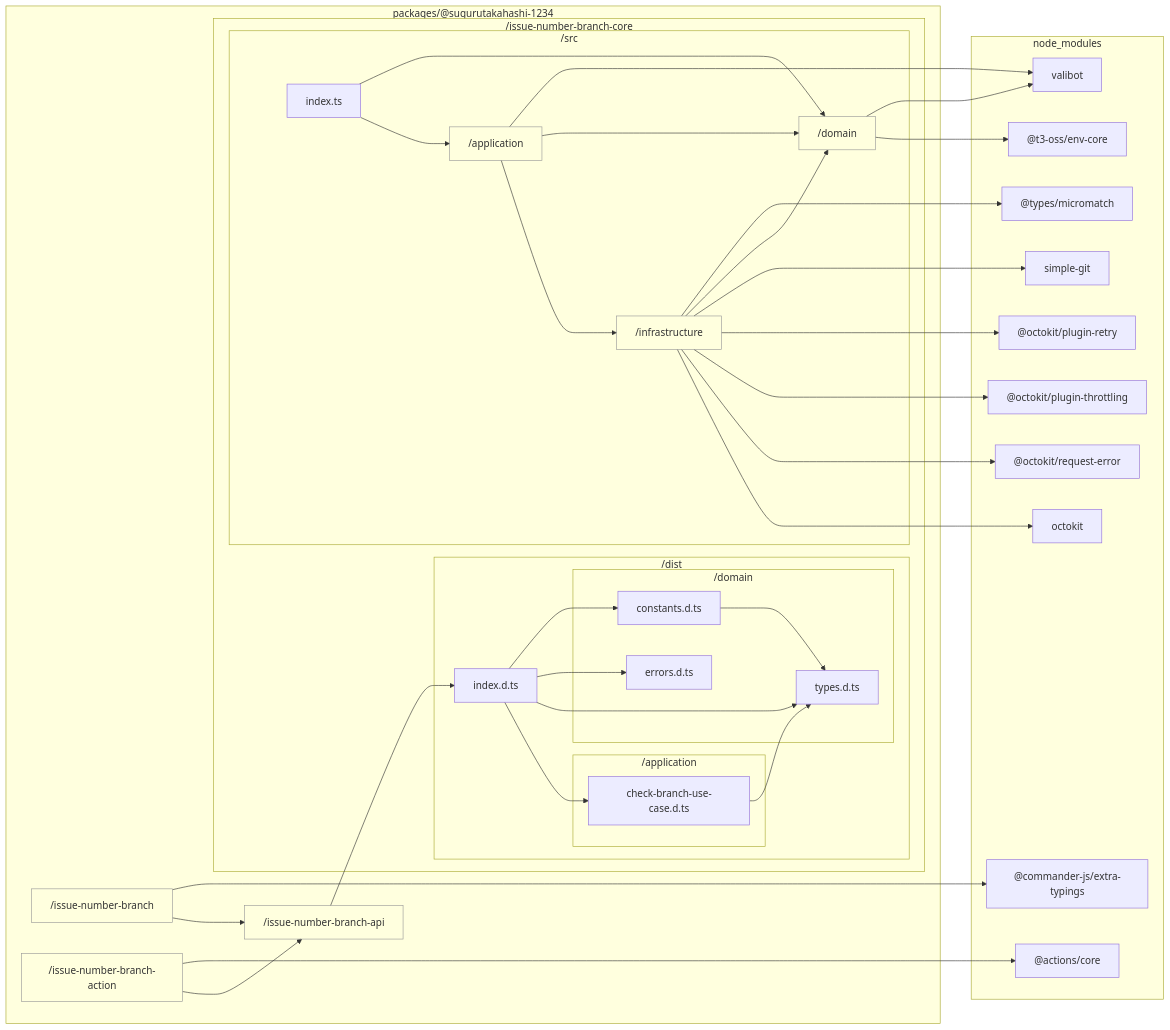
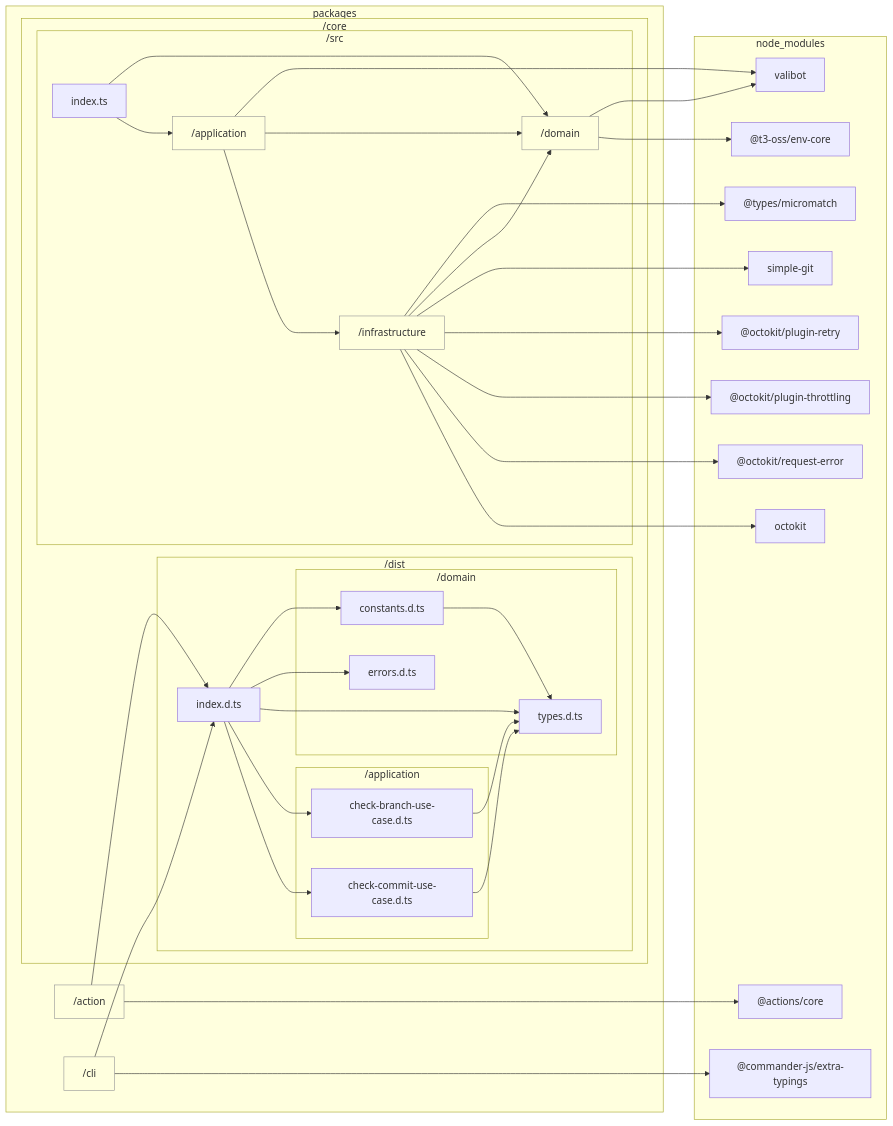
One commit to sugurutakahashi-1234/issue-linker changed the diagram in docs/reports/dependencies/core-architecture.md. Above: the diagram before and after it, drawn with Mermaid. The commit also changed other lines of this file and 60 other files, not shown here.

````diff
--- a/docs/reports/dependencies/core-architecture.md
+++ b/docs/reports/dependencies/core-architecture.md
@@ -7,65 +7,66 @@
 ```mermaid
 flowchart LR
     classDef dir fill:#0000,stroke:#999
-    subgraph packages///sugurutakahashi//1234["packages/@sugurutakahashi-1234"]
-        packages///sugurutakahashi//1234/issue//number//branch//api["/issue-number-branch-api"]:::dir
-        packages///sugurutakahashi//1234/issue//number//branch["/issue-number-branch"]:::dir
-        packages///sugurutakahashi//1234/issue//number//branch//action["/issue-number-branch-action"]:::dir
-        subgraph packages///sugurutakahashi//1234/issue//number//branch//core["/issue-number-branch-core"]
-            subgraph packages///sugurutakahashi//1234/issue//number//branch//core/dist["/dist"]
-                packages///sugurutakahashi//1234/issue//number//branch//core/dist/index.d.ts["index.d.ts"]
-                subgraph packages///sugurutakahashi//1234/issue//number//branch//core/dist/domain["/domain"]
-                    packages///sugurutakahashi//1234/issue//number//branch//core/dist/domain/types.d.ts["types.d.ts"]
-                    packages///sugurutakahashi//1234/issue//number//branch//core/dist/domain/constants.d.ts["constants.d.ts"]
-                    packages///sugurutakahashi//1234/issue//number//branch//core/dist/domain/errors.d.ts["errors.d.ts"]
+    subgraph packages["packages"]
+        packages/action["/action"]:::dir
+        packages/cli["/cli"]:::dir
+        subgraph packages/core["/core"]
+            subgraph packages/core/dist["/dist"]
+                packages/core/dist/index.d.ts["index.d.ts"]
+                subgraph packages/core/dist/domain["/domain"]
+                    packages/core/dist/domain/types.d.ts["types.d.ts"]
+                    packages/core/dist/domain/constants.d.ts["constants.d.ts"]
+                    packages/core/dist/domain/errors.d.ts["errors.d.ts"]
                 end
-                subgraph packages///sugurutakahashi//1234/issue//number//branch//core/dist/application["/application"]
-                    packages///sugurutakahashi//1234/issue//number//branch//core/dist/application/check//branch//use//case.d.ts["check-branch-use-case.d.ts"]
+                subgraph packages/core/dist/application["/application"]
+                    packages/core/dist/application/check//branch//use//case.d.ts["check-branch-use-case.d.ts"]
+                    packages/core/dist/application/check//commit//use//case.d.ts["check-commit-use-case.d.ts"]
                 end
             end
-            subgraph packages///sugurutakahashi//1234/issue//number//branch//core/src["/src"]
-                packages///sugurutakahashi//1234/issue//number//branch//core/src/domain["/domain"]:::dir
-                packages///sugurutakahashi//1234/issue//number//branch//core/src/infrastructure["/infrastructure"]:::dir
-                packages///sugurutakahashi//1234/issue//number//branch//core/src/application["/application"]:::dir
-                packages///sugurutakahashi//1234/issue//number//branch//core/src/index.ts["index.ts"]
+            subgraph packages/core/src["/src"]
+                packages/core/src/domain["/domain"]:::dir
+                packages/core/src/infrastructure["/infrastructure"]:::dir
+                packages/core/src/application["/application"]:::dir
+                packages/core/src/index.ts["index.ts"]
             end
         end
     end
     subgraph node//modules["node_modules"]
+        node//modules///actions/core/lib/core.d.ts["@actions/core"]
         node//modules///commander//js/extra//typings/index.d.ts["@commander-js/extra-typings"]
-        node//modules///actions/core/lib/core.d.ts["@actions/core"]
         node//modules/valibot/dist/index.d.cts["valibot"]
         node//modules///types/micromatch/index.d.ts["@types/micromatch"]
         node//modules///t3//oss/env//core/dist/index.d.ts["@t3-oss/env-core"]
         node//modules/simple//git/dist/typings/index.d.ts["simple-git"]
         node//modules///octokit/plugin//retry/dist//types/index.d.ts["@octokit/plugin-retry"]
         node//modules///octokit/plugin//throttling/dist//types/index.d.ts["@octokit/plugin-throttling"]
         node//modules///octokit/request//error/dist//types/index.d.ts["@octokit/request-error"]
         node//modules/octokit/dist//types/index.d.ts["octokit"]
     end
-    packages///sugurutakahashi//1234/issue//number//branch//core/dist/domain/constants.d.ts-->packages///sugurutakahashi//1234/issue//number//branch//core/dist/domain/types.d.ts
-    packages///sugurutakahashi//1234/issue//number//branch//core/dist/application/check//branch//use//case.d.ts-->packages///sugurutakahashi//1234/issue//number//branch//core/dist/domain/types.d.ts
-    packages///sugurutakahashi//1234/issue//number//branch//core/dist/index.d.ts-->packages///sugurutakahashi//1234/issue//number//branch//core/dist/domain/constants.d.ts
-    packages///sugurutakahashi//1234/issue//number//branch//core/dist/index.d.ts-->packages///sugurutakahashi//1234/issue//number//branch//core/dist/domain/errors.d.ts
-    packages///sugurutakahashi//1234/issue//number//branch//core/dist/index.d.ts-->packages///sugurutakahashi//1234/issue//number//branch//core/dist/domain/types.d.ts
-    packages///sugurutakahashi//1234/issue//number//branch//core/dist/index.d.ts-->packages///sugurutakahashi//1234/issue//number//branch//core/dist/application/check//branch//use//case.d.ts
-    packages///sugurutakahashi//1234/issue//number//branch//api-->packages///sugurutakahashi//1234/issue//number//branch//core/dist/index.d.ts
-    packages///sugurutakahashi//1234/issue//number//branch-->node//modules///commander//js/extra//typings/index.d.ts
-    packages///sugurutakahashi//1234/issue//number//branch-->packages///sugurutakahashi//1234/issue//number//branch//api
-    packages///sugurutakahashi//1234/issue//number//branch//action-->node//modules///actions/core/lib/core.d.ts
-    packages///sugurutakahashi//1234/issue//number//branch//action-->packages///sugurutakahashi//1234/issue//number//branch//api
-    packages///sugurutakahashi//1234/issue//number//branch//core/src/domain-->node//modules/valibot/dist/index.d.cts
-    packages///sugurutakahashi//1234/issue//number//branch//core/src/infrastructure-->node//modules///types/micromatch/index.d.ts
-    packages///sugurutakahashi//1234/issue//number//branch//core/src/infrastructure-->packages///sugurutakahashi//1234/issue//number//branch//core/src/domain
-    packages///sugurutakahashi//1234/issue//number//branch//core/src/domain-->node//modules///t3//oss/env//core/dist/index.d.ts
-    packages///sugurutakahashi//1234/issue//number//branch//core/src/infrastructure-->node//modules/simple//git/dist/typings/index.d.ts
-    packages///sugurutakahashi//1234/issue//number//branch//core/src/infrastructure-->node//modules///octokit/plugin//retry/dist//types/index.d.ts
-    packages///sugurutakahashi//1234/issue//number//branch//core/src/infrastructure-->node//modules///octokit/plugin//throttling/dist//types/index.d.ts
-    packages///sugurutakahashi//1234/issue//number//branch//core/src/infrastructure-->node//modules///octokit/request//error/dist//types/index.d.ts
-    packages///sugurutakahashi//1234/issue//number//branch//core/src/infrastructure-->node//modules/octokit/dist//types/index.d.ts
-    packages///sugurutakahashi//1234/issue//number//branch//core/src/application-->node//modules/valibot/dist/index.d.cts
-    packages///sugurutakahashi//1234/issue//number//branch//core/src/application-->packages///sugurutakahashi//1234/issue//number//branch//core/src/domain
-    packages///sugurutakahashi//1234/issue//number//branch//core/src/application-->packages///sugurutakahashi//1234/issue//number//branch//core/src/infrastructure
-    packages///sugurutakahashi//1234/issue//number//branch//core/src/index.ts-->packages///sugurutakahashi//1234/issue//number//branch//core/src/domain
-    packages///sugurutakahashi//1234/issue//number//branch//core/src/index.ts-->packages///sugurutakahashi//1234/issue//number//branch//core/src/application
+    packages/core/dist/domain/constants.d.ts-->packages/core/dist/domain/types.d.ts
+    packages/core/dist/application/check//branch//use//case.d.ts-->packages/core/dist/domain/types.d.ts
+    packages/core/dist/application/check//commit//use//case.d.ts-->packages/core/dist/domain/types.d.ts
+    packages/core/dist/index.d.ts-->packages/core/dist/domain/constants.d.ts
+    packages/core/dist/index.d.ts-->packages/core/dist/domain/errors.d.ts
+    packages/core/dist/index.d.ts-->packages/core/dist/domain/types.d.ts
+    packages/core/dist/index.d.ts-->packages/core/dist/application/check//branch//use//case.d.ts
+    packages/core/dist/index.d.ts-->packages/core/dist/application/check//commit//use//case.d.ts
+    packages/action-->node//modules///actions/core/lib/core.d.ts
+    packages/action-->packages/core/dist/index.d.ts
+    packages/cli-->node//modules///commander//js/extra//typings/index.d.ts
+    packages/cli-->packages/core/dist/index.d.ts
+    packages/core/src/domain-->node//modules/valibot/dist/index.d.cts
+    packages/core/src/infrastructure-->node//modules///types/micromatch/index.d.ts
+    packages/core/src/infrastructure-->packages/core/src/domain
+    packages/core/src/domain-->node//modules///t3//oss/env//core/dist/index.d.ts
+    packages/core/src/infrastructure-->node//modules/simple//git/dist/typings/index.d.ts
+    packages/core/src/infrastructure-->node//modules///octokit/plugin//retry/dist//types/index.d.ts
+    packages/core/src/infrastructure-->node//modules///octokit/plugin//throttling/dist//types/index.d.ts
+    packages/core/src/infrastructure-->node//modules///octokit/request//error/dist//types/index.d.ts
+    packages/core/src/infrastructure-->node//modules/octokit/dist//types/index.d.ts
+    packages/core/src/application-->node//modules/valibot/dist/index.d.cts
+    packages/core/src/application-->packages/core/src/domain
+    packages/core/src/application-->packages/core/src/infrastructure
+    packages/core/src/index.ts-->packages/core/src/domain
+    packages/core/src/index.ts-->packages/core/src/application
 ```
````
